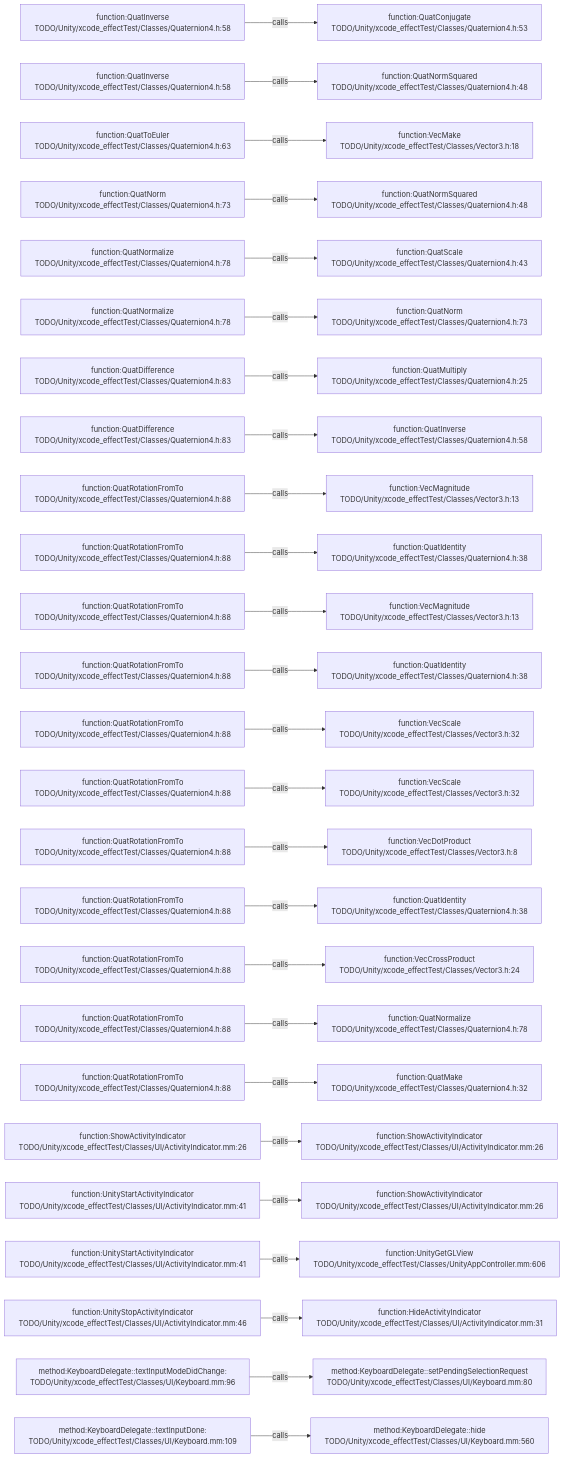
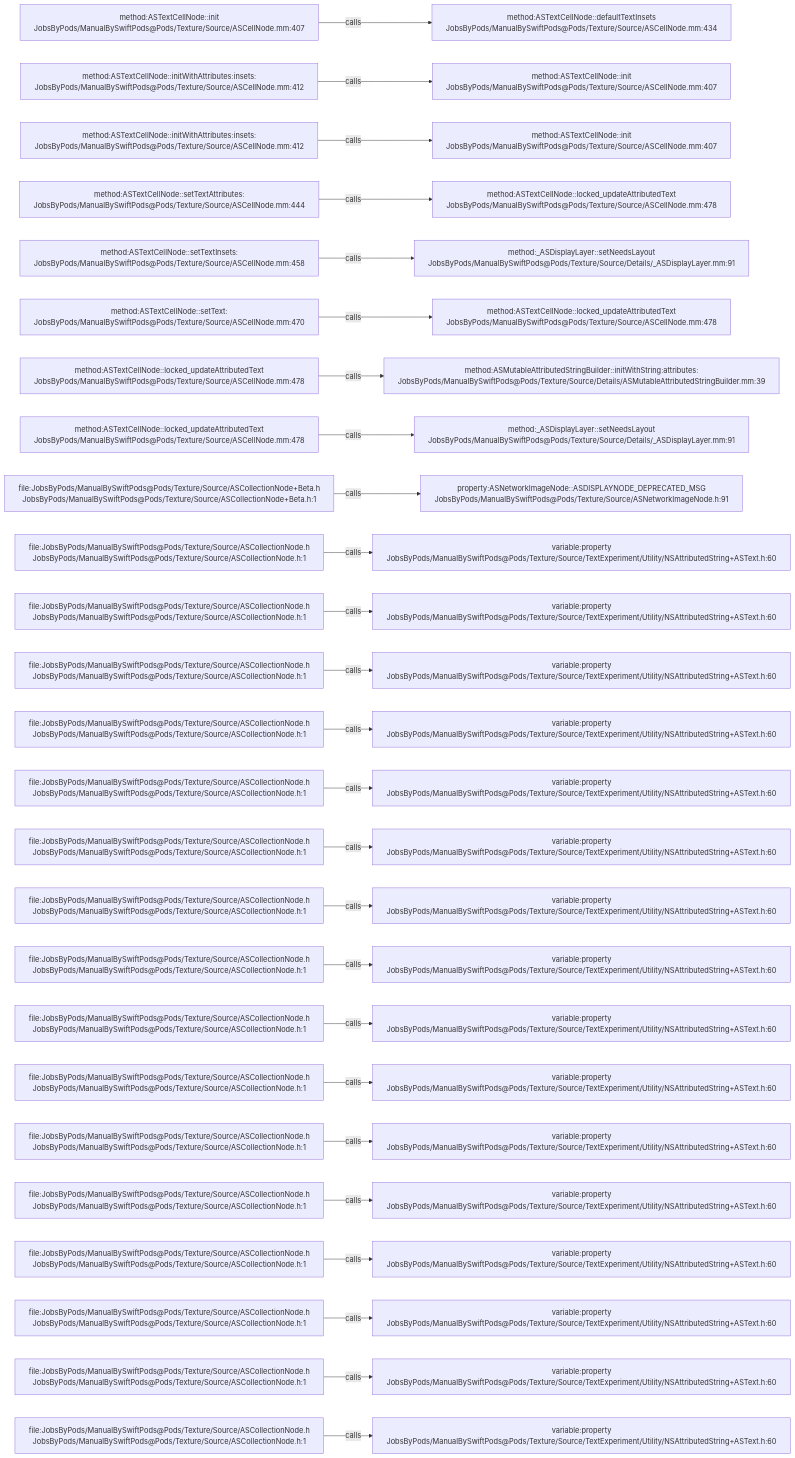
One commit to JobsKits/JobsSwiftBaseConfigDemo changed the diagram in .codegraph/codegraph.md/graphs/calls-024.md. Above: the diagram before and after it, drawn with Mermaid. The commit also changed 2959 other files, not shown here.

````diff
--- a/.codegraph/codegraph.md/graphs/calls-024.md
+++ b/.codegraph/codegraph.md/graphs/calls-024.md
@@ -13,78 +13,78 @@
 ```mermaid
 flowchart LR
-  S1["function:QuatInverse<br/>TODO/Unity/xcode_effectTest/Classes/Quaternion4.h:58"]
-  T1["function:QuatConjugate<br/>TODO/Unity/xcode_effectTest/Classes/Quaternion4.h:53"]
+  S1["method:ASTextCellNode::init<br/>JobsByPods/ManualBySwiftPods@Pods/Texture/Source/ASCellNode.mm:407"]
+  T1["method:ASTextCellNode::defaultTextInsets<br/>JobsByPods/ManualBySwiftPods@Pods/Texture/Source/ASCellNode.mm:434"]
   S1 -->|calls| T1
-  S2["function:QuatInverse<br/>TODO/Unity/xcode_effectTest/Classes/Quaternion4.h:58"]
-  T2["function:QuatNormSquared<br/>TODO/Unity/xcode_effectTest/Classes/Quaternion4.h:48"]
+  S2["method:ASTextCellNode::initWithAttributes:insets:<br/>JobsByPods/ManualBySwiftPods@Pods/Texture/Source/ASCellNode.mm:412"]
+  T2["method:ASTextCellNode::init<br/>JobsByPods/ManualBySwiftPods@Pods/Texture/Source/ASCellNode.mm:407"]
   S2 -->|calls| T2
-  S3["function:QuatToEuler<br/>TODO/Unity/xcode_effectTest/Classes/Quaternion4.h:63"]
-  T3["function:VecMake<br/>TODO/Unity/xcode_effectTest/Classes/Vector3.h:18"]
+  S3["method:ASTextCellNode::initWithAttributes:insets:<br/>JobsByPods/ManualBySwiftPods@Pods/Texture/Source/ASCellNode.mm:412"]
+  T3["method:ASTextCellNode::init<br/>JobsByPods/ManualBySwiftPods@Pods/Texture/Source/ASCellNode.mm:407"]
   S3 -->|calls| T3
-  S4["function:QuatNorm<br/>TODO/Unity/xcode_effectTest/Classes/Quaternion4.h:73"]
-  T4["function:QuatNormSquared<br/>TODO/Unity/xcode_effectTest/Classes/Quaternion4.h:48"]
+  S4["method:ASTextCellNode::setTextAttributes:<br/>JobsByPods/ManualBySwiftPods@Pods/Texture/Source/ASCellNode.mm:444"]
+  T4["method:ASTextCellNode::locked_updateAttributedText<br/>JobsByPods/ManualBySwiftPods@Pods/Texture/Source/ASCellNode.mm:478"]
   S4 -->|calls| T4
-  S5["function:QuatNormalize<br/>TODO/Unity/xcode_effectTest/Classes/Quaternion4.h:78"]
-  T5["function:QuatScale<br/>TODO/Unity/xcode_effectTest/Classes/Quaternion4.h:43"]
+  S5["method:ASTextCellNode::setTextInsets:<br/>JobsByPods/ManualBySwiftPods@Pods/Texture/Source/ASCellNode.mm:458"]
+  T5["method:_ASDisplayLayer::setNeedsLayout<br/>JobsByPods/ManualBySwiftPods@Pods/Texture/Source/Details/_ASDisplayLayer.mm:91"]
   S5 -->|calls| T5
-  S6["function:QuatNormalize<br/>TODO/Unity/xcode_effectTest/Classes/Quaternion4.h:78"]
-  T6["function:QuatNorm<br/>TODO/Unity/xcode_effectTest/Classes/Quaternion4.h:73"]
+  S6["method:ASTextCellNode::setText:<br/>JobsByPods/ManualBySwiftPods@Pods/Texture/Source/ASCellNode.mm:470"]
+  T6["method:ASTextCellNode::locked_updateAttributedText<br/>JobsByPods/ManualBySwiftPods@Pods/Texture/Source/ASCellNode.mm:478"]
   S6 -->|calls| T6
-  S7["function:QuatDifference<br/>TODO/Unity/xcode_effectTest/Classes/Quaternion4.h:83"]
-  T7["function:QuatMultiply<br/>TODO/Unity/xcode_effectTest/Classes/Quaternion4.h:25"]
+  S7["method:ASTextCellNode::locked_updateAttributedText<br/>JobsByPods/ManualBySwiftPods@Pods/Texture/Source/ASCellNode.mm:478"]
+  T7["method:ASMutableAttributedStringBuilder::initWithString:attributes:<br/>JobsByPods/ManualBySwiftPods@Pods/Texture/Source/Details/ASMutableAttributedStringBuilder.mm:39"]
   S7 -->|calls| T7
-  S8["function:QuatDifference<br/>TODO/Unity/xcode_effectTest/Classes/Quaternion4.h:83"]
-  T8["function:QuatInverse<br/>TODO/Unity/xcode_effectTest/Classes/Quaternion4.h:58"]
+  S8["method:ASTextCellNode::locked_updateAttributedText<br/>JobsByPods/ManualBySwiftPods@Pods/Texture/Source/ASCellNode.mm:478"]
+  T8["method:_ASDisplayLayer::setNeedsLayout<br/>JobsByPods/ManualBySwiftPods@Pods/Texture/Source/Details/_ASDisplayLayer.mm:91"]
   S8 -->|calls| T8
-  S9["function:QuatRotationFromTo<br/>TODO/Unity/xcode_effectTest/Classes/Quaternion4.h:88"]
-  T9["function:VecMagnitude<br/>TODO/Unity/xcode_effectTest/Classes/Vector3.h:13"]
+  S9["file:JobsByPods/ManualBySwiftPods@Pods/Texture/Source/ASCollectionNode+Beta.h<br/>JobsByPods/ManualBySwiftPods@Pods/Texture/Source/ASCollectionNode+Beta.h:1"]
+  T9["property:ASNetworkImageNode::ASDISPLAYNODE_DEPRECATED_MSG<br/>JobsByPods/ManualBySwiftPods@Pods/Texture/Source/ASNetworkImageNode.h:91"]
   S9 -->|calls| T9
-  S10["function:QuatRotationFromTo<br/>TODO/Unity/xcode_effectTest/Classes/Quaternion4.h:88"]
-  T10["function:QuatIdentity<br/>TODO/Unity/xcode_effectTest/Classes/Quaternion4.h:38"]
+  S10["file:JobsByPods/ManualBySwiftPods@Pods/Texture/Source/ASCollectionNode.h<br/>JobsByPods/ManualBySwiftPods@Pods/Texture/Source/ASCollectionNode.h:1"]
+  T10["variable:property<br/>JobsByPods/ManualBySwiftPods@Pods/Texture/Source/TextExperiment/Utility/NSAttributedString+ASText.h:60"]
   S10 -->|calls| T10
-  S11["function:QuatRotationFromTo<br/>TODO/Unity/xcode_effectTest/Classes/Quaternion4.h:88"]
-  T11["function:VecMagnitude<br/>TODO/Unity/xcode_effectTest/Classes/Vector3.h:13"]
+  S11["file:JobsByPods/ManualBySwiftPods@Pods/Texture/Source/ASCollectionNode.h<br/>JobsByPods/ManualBySwiftPods@Pods/Texture/Source/ASCollectionNode.h:1"]
+  T11["variable:property<br/>JobsByPods/ManualBySwiftPods@Pods/Texture/Source/TextExperiment/Utility/NSAttributedString+ASText.h:60"]
   S11 -->|calls| T11
-  S12["function:QuatRotationFromTo<br/>TODO/Unity/xcode_effectTest/Classes/Quaternion4.h:88"]
-  T12["function:QuatIdentity<br/>TODO/Unity/xcode_effectTest/Classes/Quaternion4.h:38"]
+  S12["file:JobsByPods/ManualBySwiftPods@Pods/Texture/Source/ASCollectionNode.h<br/>JobsByPods/ManualBySwiftPods@Pods/Texture/Source/ASCollectionNode.h:1"]
+  T12["variable:property<br/>JobsByPods/ManualBySwiftPods@Pods/Texture/Source/TextExperiment/Utility/NSAttributedString+ASText.h:60"]
   S12 -->|calls| T12
-  S13["function:QuatRotationFromTo<br/>TODO/Unity/xcode_effectTest/Classes/Quaternion4.h:88"]
-  T13["function:VecScale<br/>TODO/Unity/xcode_effectTest/Classes/Vector3.h:32"]
+  S13["file:JobsByPods/ManualBySwiftPods@Pods/Texture/Source/ASCollectionNode.h<br/>JobsByPods/ManualBySwiftPods@Pods/Texture/Source/ASCollectionNode.h:1"]
+  T13["variable:property<br/>JobsByPods/ManualBySwiftPods@Pods/Texture/Source/TextExperiment/Utility/NSAttributedString+ASText.h:60"]
   S13 -->|calls| T13
-  S14["function:QuatRotationFromTo<br/>TODO/Unity/xcode_effectTest/Classes/Quaternion4.h:88"]
-  T14["function:VecScale<br/>TODO/Unity/xcode_effectTest/Classes/Vector3.h:32"]
+  S14["file:JobsByPods/ManualBySwiftPods@Pods/Texture/Source/ASCollectionNode.h<br/>JobsByPods/ManualBySwiftPods@Pods/Texture/Source/ASCollectionNode.h:1"]
+  T14["variable:property<br/>JobsByPods/ManualBySwiftPods@Pods/Texture/Source/TextExperiment/Utility/NSAttributedString+ASText.h:60"]
   S14 -->|calls| T14
-  S15["function:QuatRotationFromTo<br/>TODO/Unity/xcode_effectTest/Classes/Quaternion4.h:88"]
-  T15["function:VecDotProduct<br/>TODO/Unity/xcode_effectTest/Classes/Vector3.h:8"]
+  S15["file:JobsByPods/ManualBySwiftPods@Pods/Texture/Source/ASCollectionNode.h<br/>JobsByPods/ManualBySwiftPods@Pods/Texture/Source/ASCollectionNode.h:1"]
+  T15["variable:property<br/>JobsByPods/ManualBySwiftPods@Pods/Texture/Source/TextExperiment/Utility/NSAttributedString+ASText.h:60"]
   S15 -->|calls| T15
-  S16["function:QuatRotationFromTo<br/>TODO/Unity/xcode_effectTest/Classes/Quaternion4.h:88"]
-  T16["function:QuatIdentity<br/>TODO/Unity/xcode_effectTest/Classes/Quaternion4.h:38"]
+  S16["file:JobsByPods/ManualBySwiftPods@Pods/Texture/Source/ASCollectionNode.h<br/>JobsByPods/ManualBySwiftPods@Pods/Texture/Source/ASCollectionNode.h:1"]
+  T16["variable:property<br/>JobsByPods/ManualBySwiftPods@Pods/Texture/Source/TextExperiment/Utility/NSAttributedString+ASText.h:60"]
   S16 -->|calls| T16
-  S17["function:QuatRotationFromTo<br/>TODO/Unity/xcode_effectTest/Classes/Quaternion4.h:88"]
-  T17["function:VecCrossProduct<br/>TODO/Unity/xcode_effectTest/Classes/Vector3.h:24"]
+  S17["file:JobsByPods/ManualBySwiftPods@Pods/Texture/Source/ASCollectionNode.h<br/>JobsByPods/ManualBySwiftPods@Pods/Texture/Source/ASCollectionNode.h:1"]
+  T17["variable:property<br/>JobsByPods/ManualBySwiftPods@Pods/Texture/Source/TextExperiment/Utility/NSAttributedString+ASText.h:60"]
   S17 -->|calls| T17
-  S18["function:QuatRotationFromTo<br/>TODO/Unity/xcode_effectTest/Classes/Quaternion4.h:88"]
-  T18["function:QuatNormalize<br/>TODO/Unity/xcode_effectTest/Classes/Quaternion4.h:78"]
+  S18["file:JobsByPods/ManualBySwiftPods@Pods/Texture/Source/ASCollectionNode.h<br/>JobsByPods/ManualBySwiftPods@Pods/Texture/Source/ASCollectionNode.h:1"]
+  T18["variable:property<br/>JobsByPods/ManualBySwiftPods@Pods/Texture/Source/TextExperiment/Utility/NSAttributedString+ASText.h:60"]
   S18 -->|calls| T18
-  S19["function:QuatRotationFromTo<br/>TODO/Unity/xcode_effectTest/Classes/Quaternion4.h:88"]
-  T19["function:QuatMake<br/>TODO/Unity/xcode_effectTest/Classes/Quaternion4.h:32"]
+  S19["file:JobsByPods/ManualBySwiftPods@Pods/Texture/Source/ASCollectionNode.h<br/>JobsByPods/ManualBySwiftPods@Pods/Texture/Source/ASCollectionNode.h:1"]
+  T19["variable:property<br/>JobsByPods/ManualBySwiftPods@Pods/Texture/Source/TextExperiment/Utility/NSAttributedString+ASText.h:60"]
   S19 -->|calls| T19
-  S20["function:ShowActivityIndicator<br/>TODO/Unity/xcode_effectTest/Classes/UI/ActivityIndicator.mm:26"]
-  T20["function:ShowActivityIndicator<br/>TODO/Unity/xcode_effectTest/Classes/UI/ActivityIndicator.mm:26"]
+  S20["file:JobsByPods/ManualBySwiftPods@Pods/Texture/Source/ASCollectionNode.h<br/>JobsByPods/ManualBySwiftPods@Pods/Texture/Source/ASCollectionNode.h:1"]
+  T20["variable:property<br/>JobsByPods/ManualBySwiftPods@Pods/Texture/Source/TextExperiment/Utility/NSAttributedString+ASText.h:60"]
   S20 -->|calls| T20
-  S21["function:UnityStartActivityIndicator<br/>TODO/Unity/xcode_effectTest/Classes/UI/ActivityIndicator.mm:41"]
-  T21["function:ShowActivityIndicator<br/>TODO/Unity/xcode_effectTest/Classes/UI/ActivityIndicator.mm:26"]
+  S21["file:JobsByPods/ManualBySwiftPods@Pods/Texture/Source/ASCollectionNode.h<br/>JobsByPods/ManualBySwiftPods@Pods/Texture/Source/ASCollectionNode.h:1"]
+  T21["variable:property<br/>JobsByPods/ManualBySwiftPods@Pods/Texture/Source/TextExperiment/Utility/NSAttributedString+ASText.h:60"]
   S21 -->|calls| T21
-  S22["function:UnityStartActivityIndicator<br/>TODO/Unity/xcode_effectTest/Classes/UI/ActivityIndicator.mm:41"]
-  T22["function:UnityGetGLView<br/>TODO/Unity/xcode_effectTest/Classes/UnityAppController.mm:606"]
+  S22["file:JobsByPods/ManualBySwiftPods@Pods/Texture/Source/ASCollectionNode.h<br/>JobsByPods/ManualBySwiftPods@Pods/Texture/Source/ASCollectionNode.h:1"]
+  T22["variable:property<br/>JobsByPods/ManualBySwiftPods@Pods/Texture/Source/TextExperiment/Utility/NSAttributedString+ASText.h:60"]
   S22 -->|calls| T22
-  S23["function:UnityStopActivityIndicator<br/>TODO/Unity/xcode_effectTest/Classes/UI/ActivityIndicator.mm:46"]
-  T23["function:HideActivityIndicator<br/>TODO/Unity/xcode_effectTest/Classes/UI/ActivityIndicator.mm:31"]
+  S23["file:JobsByPods/ManualBySwiftPods@Pods/Texture/Source/ASCollectionNode.h<br/>JobsByPods/ManualBySwiftPods@Pods/Texture/Source/ASCollectionNode.h:1"]
+  T23["variable:property<br/>JobsByPods/ManualBySwiftPods@Pods/Texture/Source/TextExperiment/Utility/NSAttributedString+ASText.h:60"]
   S23 -->|calls| T23
-  S24["method:KeyboardDelegate::textInputModeDidChange:<br/>TODO/Unity/xcode_effectTest/Classes/UI/Keyboard.mm:96"]
-  T24["method:KeyboardDelegate::setPendingSelectionRequest<br/>TODO/Unity/xcode_effectTest/Classes/UI/Keyboard.mm:80"]
+  S24["file:JobsByPods/ManualBySwiftPods@Pods/Texture/Source/ASCollectionNode.h<br/>JobsByPods/ManualBySwiftPods@Pods/Texture/Source/ASCollectionNode.h:1"]
+  T24["variable:property<br/>JobsByPods/ManualBySwiftPods@Pods/Texture/Source/TextExperiment/Utility/NSAttributedString+ASText.h:60"]
   S24 -->|calls| T24
-  S25["method:KeyboardDelegate::textInputDone:<br/>TODO/Unity/xcode_effectTest/Classes/UI/Keyboard.mm:109"]
-  T25["method:KeyboardDelegate::hide<br/>TODO/Unity/xcode_effectTest/Classes/UI/Keyboard.mm:560"]
+  S25["file:JobsByPods/ManualBySwiftPods@Pods/Texture/Source/ASCollectionNode.h<br/>JobsByPods/ManualBySwiftPods@Pods/Texture/Source/ASCollectionNode.h:1"]
+  T25["variable:property<br/>JobsByPods/ManualBySwiftPods@Pods/Texture/Source/TextExperiment/Utility/NSAttributedString+ASText.h:60"]
   S25 -->|calls| T25
 ```
````
